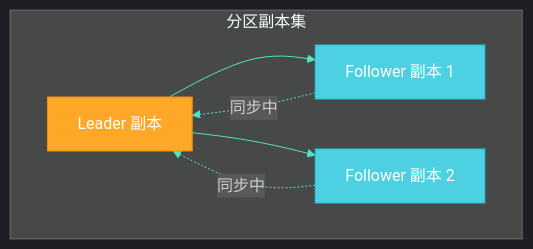
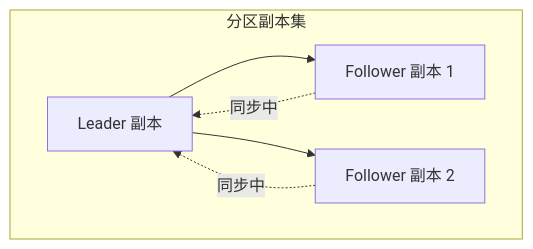
The tenth of 15 diagrams in 中间件/消息队列/kafka/第2章-核心原理.md (dd-xiaozhi/study-notes), drawn with Mermaid before and after one commit. The commit also changed other lines of this file and 45 other files, not shown here.

````diff
--- a/中间件/消息队列/kafka/第2章-核心原理.md
+++ b/中间件/消息队列/kafka/第2章-核心原理.md
@@ -614,31 +542,23 @@
 ```mermaid
-%%{init: {'theme': 'dark', 'themeVariables': {
+%%{ init: { 'theme': 'dark', 'themeVariables': {
     'primaryColor': '#4A90E2',
     'primaryTextColor': '#fff',
     'primaryBorderColor': '#357ABD',
     'lineColor': '#50E3C2',
     'secondaryColor': '#66BB6A',
     'tertiaryColor': '#9575CD',
     'noteBkgColor': '#2C3E50',
     'noteTextColor': '#ECF0F1',
     'actorBkg': '#4A90E2',
     'actorBorder': '#357ABD',
     'signalColor': '#50E3C2',
     'signalTextColor': '#fff'
-}}}%%
+} }%%
 flowchart TD
-    classDef primary fill:#4A90E2,stroke:#357ABD,color:#fff
-    classDef success fill:#66BB6A,stroke:#4CAF50,color:#fff
-    classDef warning fill:#FFA726,stroke:#FB8C00,color:#fff
-    classDef danger fill:#EF5350,stroke:#E53935,color:#fff
-    classDef purple fill:#9575CD,stroke:#7E57C2,color:#fff
-    classDef cyan fill:#4DD0E1,stroke:#26C6DA,color:#fff
     subgraph 分区副本集
         L[Leader 副本] --> F1[Follower 副本 1]
         L --> F2[Follower 副本 2]
         F1 -.->|同步中| L
         F2 -.->|同步中| L
     end
-    class L warning
-    class F1,F2 cyan
 ```
````
